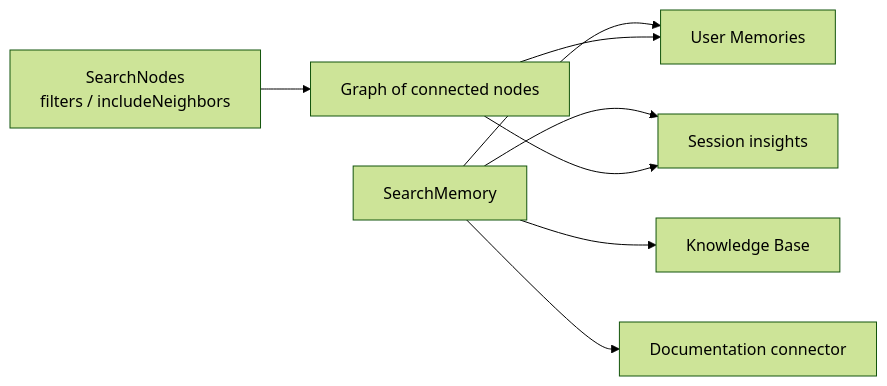
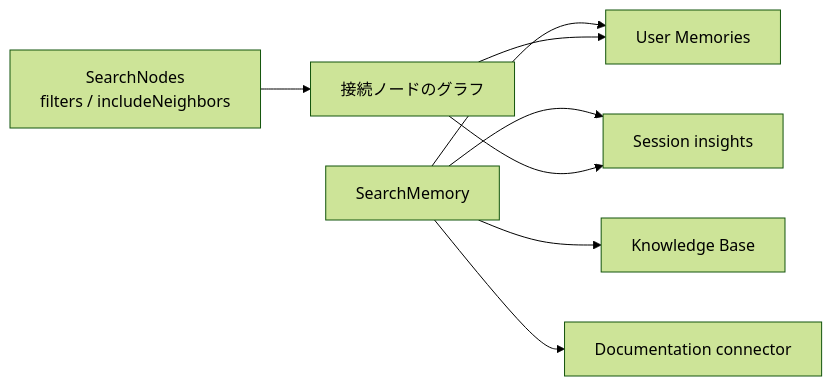
Before and after one commit to TakumiSeo/Tech-BLOG: the eighth of 12 diagrams in content/posts/ja-jp/sre-agent-planning.md, drawn with Mermaid (forest theme). The commit also changed other lines of this file, not shown here.

````diff
--- a/content/posts/ja-jp/sre-agent-planning.md
+++ b/content/posts/ja-jp/sre-agent-planning.md
@@ -391,11 +391,11 @@
 ```mermaid
 flowchart LR
-  SM[SearchMemory] --> UM[User Memories]
-  SM --> KB[Knowledge Base]
-  SM --> DC[Documentation connector]
-  SM --> SI[Session insights]
+  SM["SearchMemory"] --> UM["User Memories"]
+  SM --> KB["Knowledge Base"]
+  SM --> DC["Documentation connector"]
+  SM --> SI["Session insights"]
 
-  SN["SearchNodes\nfilters / includeNeighbors"] --> Graph[Graph of connected nodes]
+  SN["SearchNodes\nfilters / includeNeighbors"] --> Graph["接続ノードのグラフ"]
   Graph --> UM
   Graph --> SI
 ```
````
